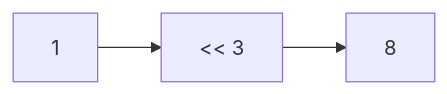
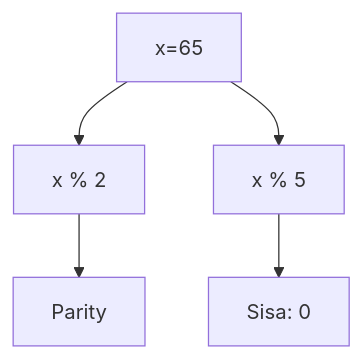
Diagram 19 of 25 in part-c-pemahaman-cpp/06-bitwise/latihan/set-11.md (amnahwaida/OSNK_INF_PREP), drawn with Mermaid before and after one commit. The commit also changed other lines of this file and 71 other files, not shown here.

````diff
--- a/part-c-pemahaman-cpp/06-bitwise/latihan/set-11.md
+++ b/part-c-pemahaman-cpp/06-bitwise/latihan/set-11.md
@@ -503,5 +565,7 @@
 ```mermaid
-graph LR
-    A[1] --> B["<< 3"]
-    B --> C[8]
+graph TD
+A[x=65] --> B[x % 2]
+B --> C[Parity]
+A --> D[x % 5]
+D --> E[Sisa: 0]
 ```
````
